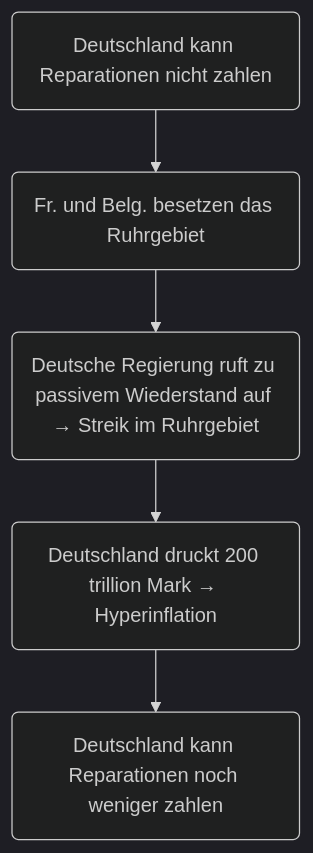
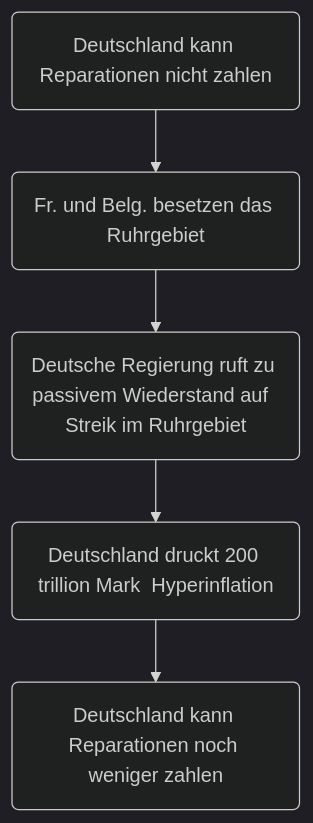
Before and after one commit to DNAScanner/Schule: the first of 2 diagrams in K9/Geschichte/1.md, drawn with Mermaid (dark theme). The commit also changed other lines of this file, not shown here.

````diff
--- a/K9/Geschichte/1.md
+++ b/K9/Geschichte/1.md
@@ -98,7 +98,7 @@
 ```mermaid
 graph TD
       A(Deutschland kann Reparationen nicht zahlen) --> B(Fr. und Belg. besetzen das Ruhrgebiet)
-      B                                             --> C(Deutsche Regierung ruft zu passivem Wiederstand auf &rarr; Streik im Ruhrgebiet)
-      C                                             --> D(Deutschland druckt 200 trillion Mark &rarr; Hyperinflation)
+      B                                             --> C(Deutsche Regierung ruft zu passivem Wiederstand auf  Streik im Ruhrgebiet)
+      C                                             --> D(Deutschland druckt 200 trillion Mark  Hyperinflation)
       D                                             --> E(Deutschland kann Reparationen noch weniger zahlen)
 ```
````
